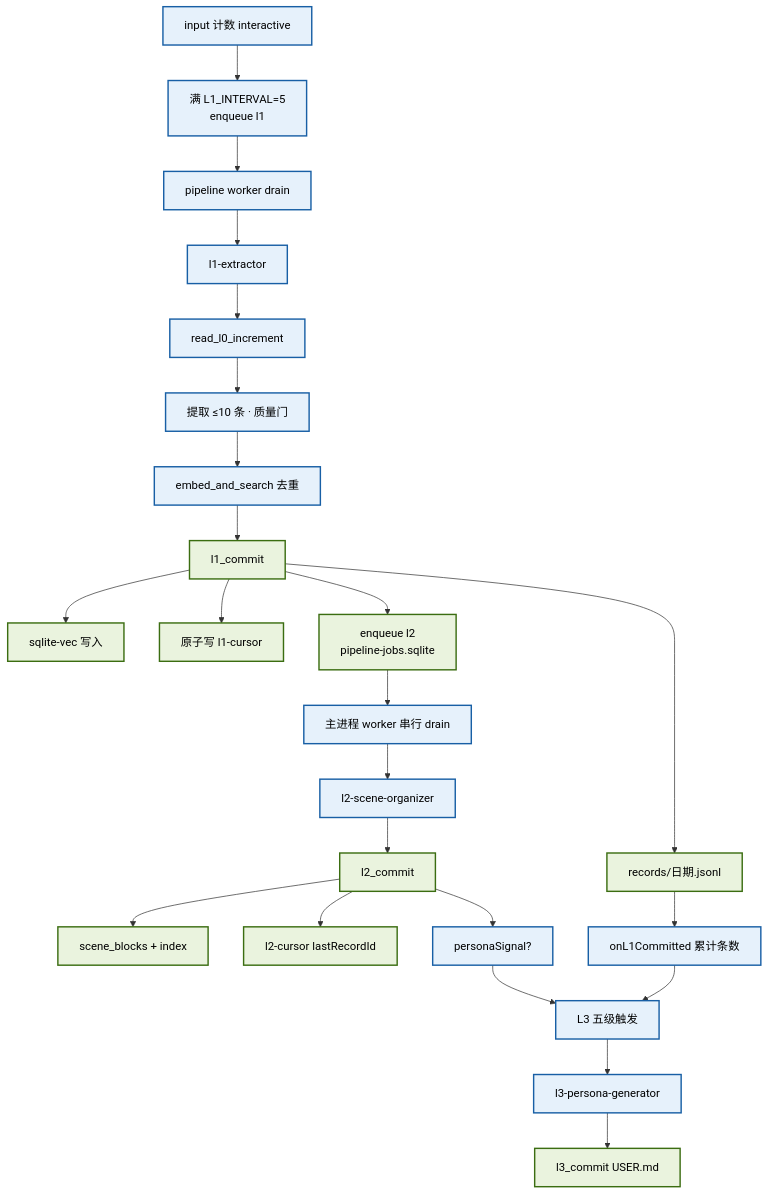
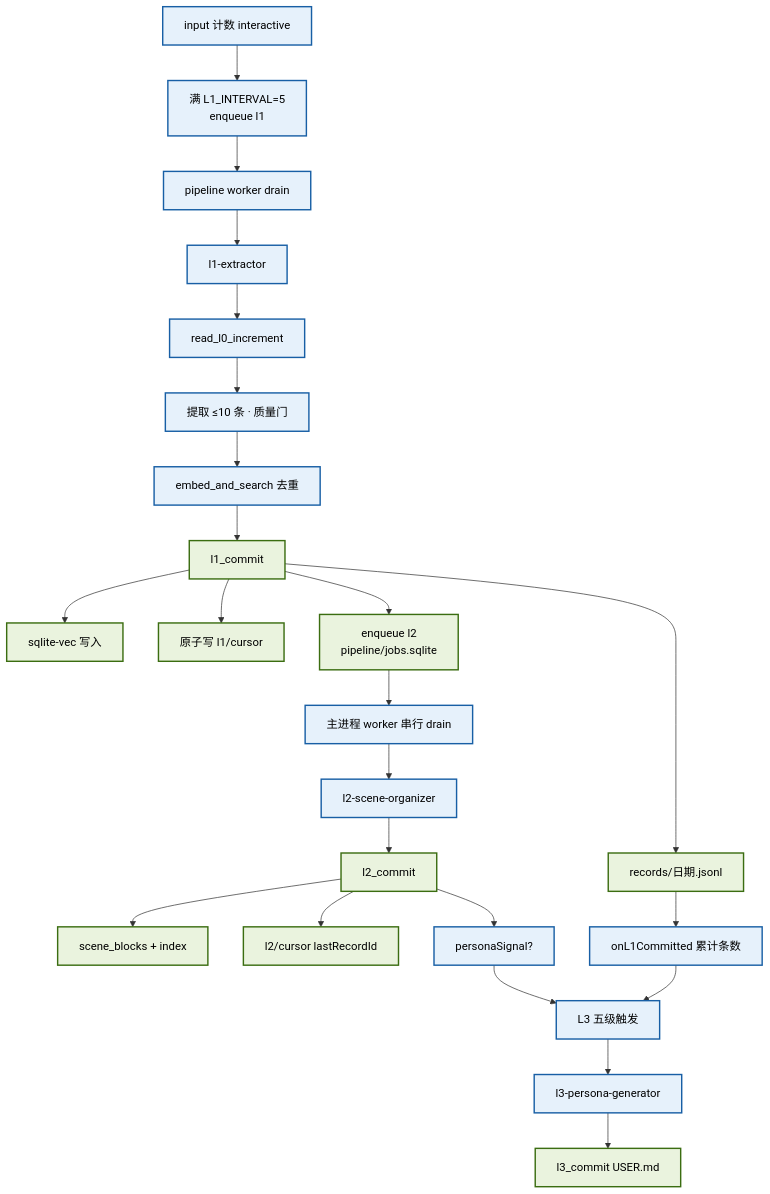
One commit to yinwenyuan28-afk/pi-memory-system changed the fifth of 7 diagrams in 记忆系统架构说明.md. Above: the diagram before and after it, drawn with Mermaid. The commit also changed other lines of this file and 32 other files, not shown here.

````diff
--- a/记忆系统架构说明.md
+++ b/记忆系统架构说明.md
@@ -275,33 +275,33 @@
 ```mermaid
 flowchart TD
     classDef blue fill:#E6F1FB,stroke:#185FA5,stroke-width:2px,color:#000
     classDef green fill:#EAF3DE,stroke:#3B6D11,stroke-width:2px,color:#000
 
     A["input 计数 interactive"]:::blue
     A --> B["满 L1_INTERVAL=5<br/>enqueue l1"]:::blue
     B --> C0["pipeline worker drain"]:::blue
     C0 --> C["l1-extractor"]:::blue
     C --> D["read_l0_increment"]:::blue
     D --> E["提取 ≤10 条 · 质量门"]:::blue
     E --> F["embed_and_search 去重"]:::blue
     F --> G["l1_commit"]:::green
 
     G --> H["records/日期.jsonl"]:::green
     G --> I["sqlite-vec 写入"]:::green
-    G --> J["原子写 l1-cursor"]:::green
+    G --> J["原子写 l1/cursor"]:::green
 
-    G --> K["enqueue l2<br/>pipeline-jobs.sqlite"]:::green
+    G --> K["enqueue l2<br/>pipeline/jobs.sqlite"]:::green
     K --> L["主进程 worker 串行 drain"]:::blue
     L --> M["l2-scene-organizer"]:::blue
     M --> N["l2_commit"]:::green
 
     N --> O["scene_blocks + index"]:::green
-    N --> P["l2-cursor lastRecordId"]:::green
+    N --> P["l2/cursor lastRecordId"]:::green
     N --> Q["personaSignal?"]:::blue
 
     H --> R["onL1Committed 累计条数"]:::blue
     Q --> S["L3 五级触发"]:::blue
     R --> S
     S --> T["l3-persona-generator"]:::blue
     T --> U["l3_commit USER.md"]:::green
 ```
````
